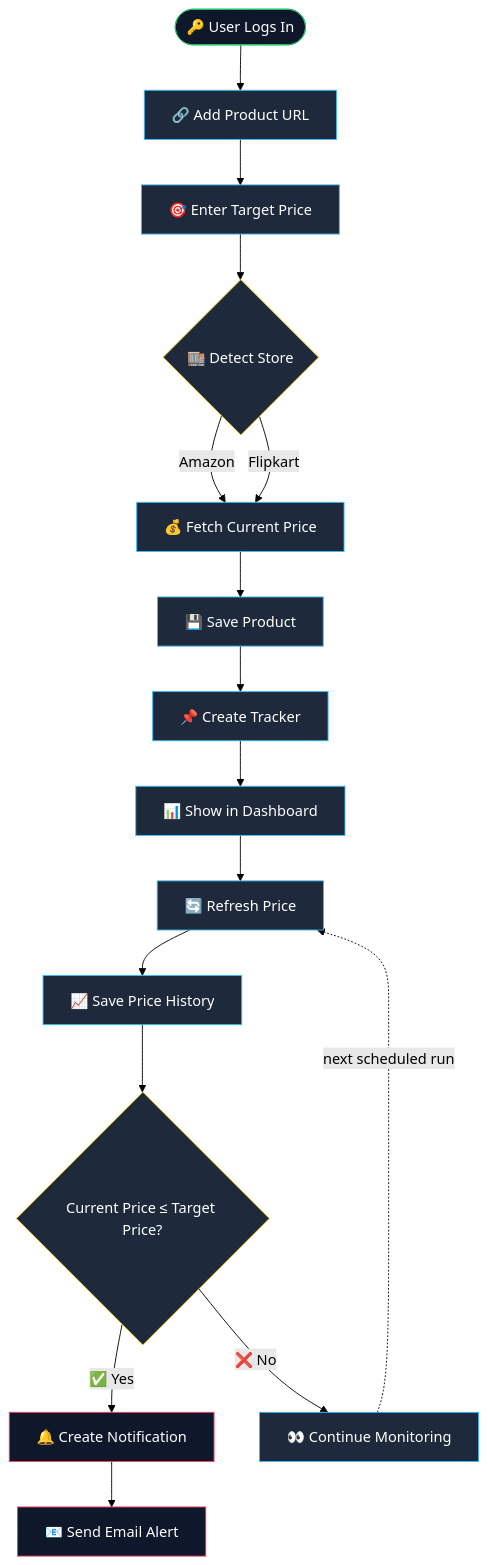
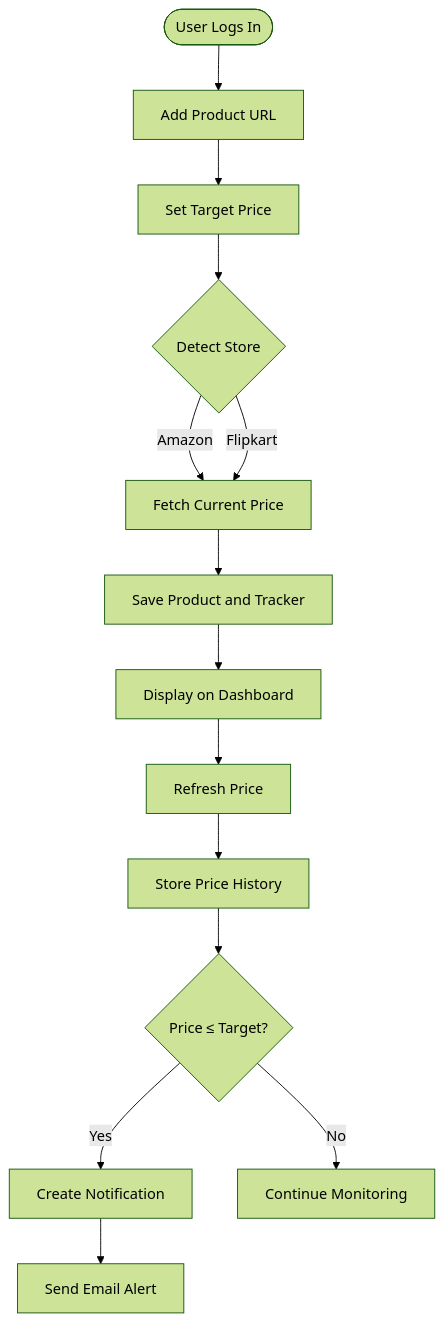
The second of 3 diagrams in README.md (Nithish-code17/pricelytix), drawn with Mermaid (forest theme) before and after one commit. The commit also changed other lines of this file, not shown here.

````diff
--- a/README.md
+++ b/README.md
@@ -285,27 +153,16 @@
 ```mermaid
 flowchart TD
-    A(["🔑 User Logs In"]) --> B["🔗 Add Product URL"]
-    B --> C["🎯 Enter Target Price"]
-    C --> D{"🏬 Detect Store"}
-    D -->|Amazon| E["💰 Fetch Current Price"]
+    A(["User Logs In"]) --> B["Add Product URL"]
+    B --> C["Set Target Price"]
+    C --> D{"Detect Store"}
+    D -->|Amazon| E["Fetch Current Price"]
     D -->|Flipkart| E
-    E --> F["💾 Save Product"]
-    F --> G["📌 Create Tracker"]
-    G --> H["📊 Show in Dashboard"]
-    H --> I["🔄 Refresh Price"]
-    I --> J["📈 Save Price History"]
-    J --> K{"Current Price ≤ Target Price?"}
-    K -- ✅ Yes --> L["🔔 Create Notification"]
-    L --> M["📧 Send Email Alert"]
-    K -- ❌ No --> N["👀 Continue Monitoring"]
-    N -.->|next scheduled run| I
-
-    classDef start fill:#0f172a,stroke:#22c55e,color:#fff
-    classDef action fill:#1e293b,stroke:#38bdf8,color:#fff
-    classDef decision fill:#1e293b,stroke:#facc15,color:#fff
-    classDef alert fill:#0f172a,stroke:#f43f5e,color:#fff
-    class A start
-    class B,C,E,F,G,H,I,J,N action
-    class D,K decision
-    class L,M alert
+    E --> F["Save Product and Tracker"]
+    F --> G["Display on Dashboard"]
+    G --> H["Refresh Price"]
+    H --> I["Store Price History"]
+    I --> J{"Price ≤ Target?"}
+    J -->|Yes| K["Create Notification"]
+    K --> L["Send Email Alert"]
+    J -->|No| M["Continue Monitoring"]
 ```
````
